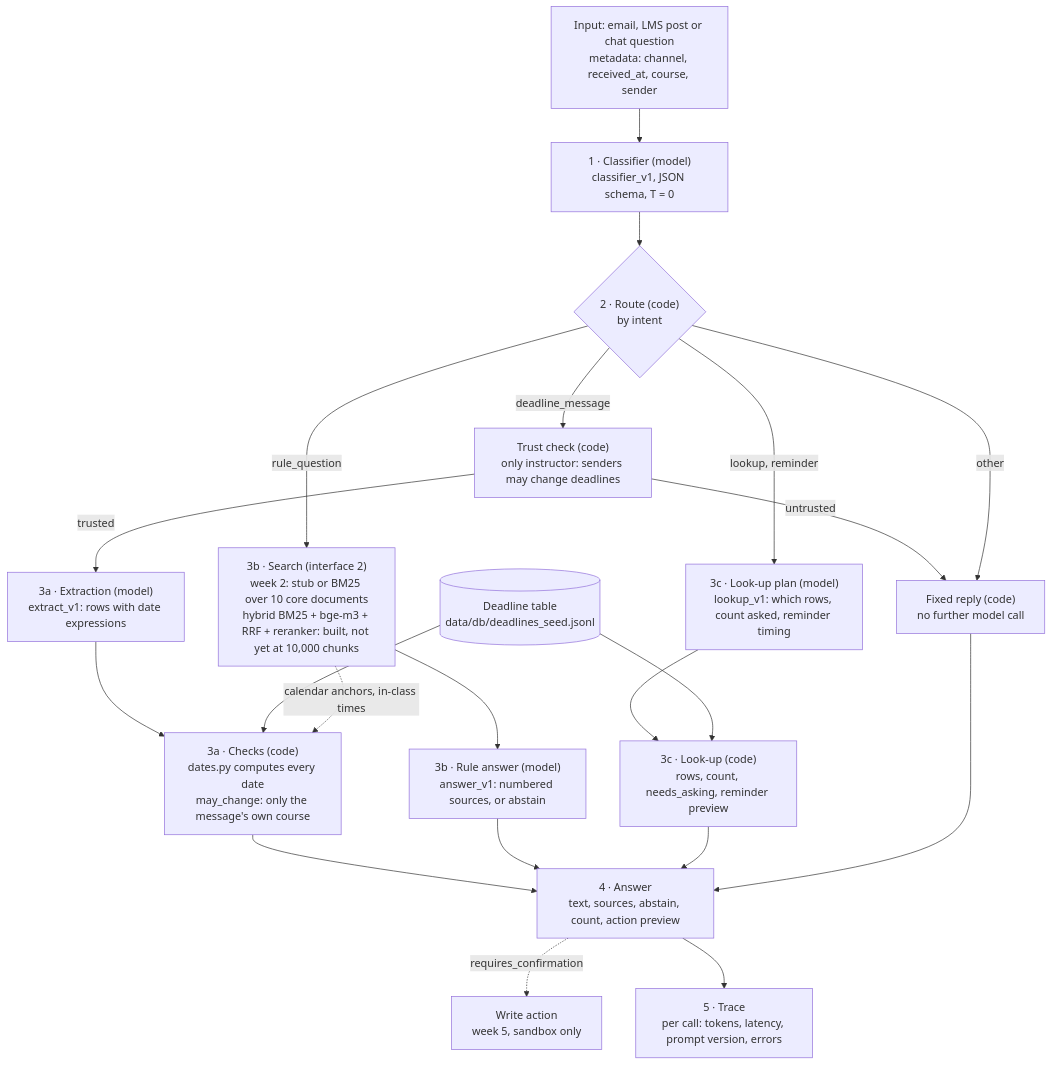
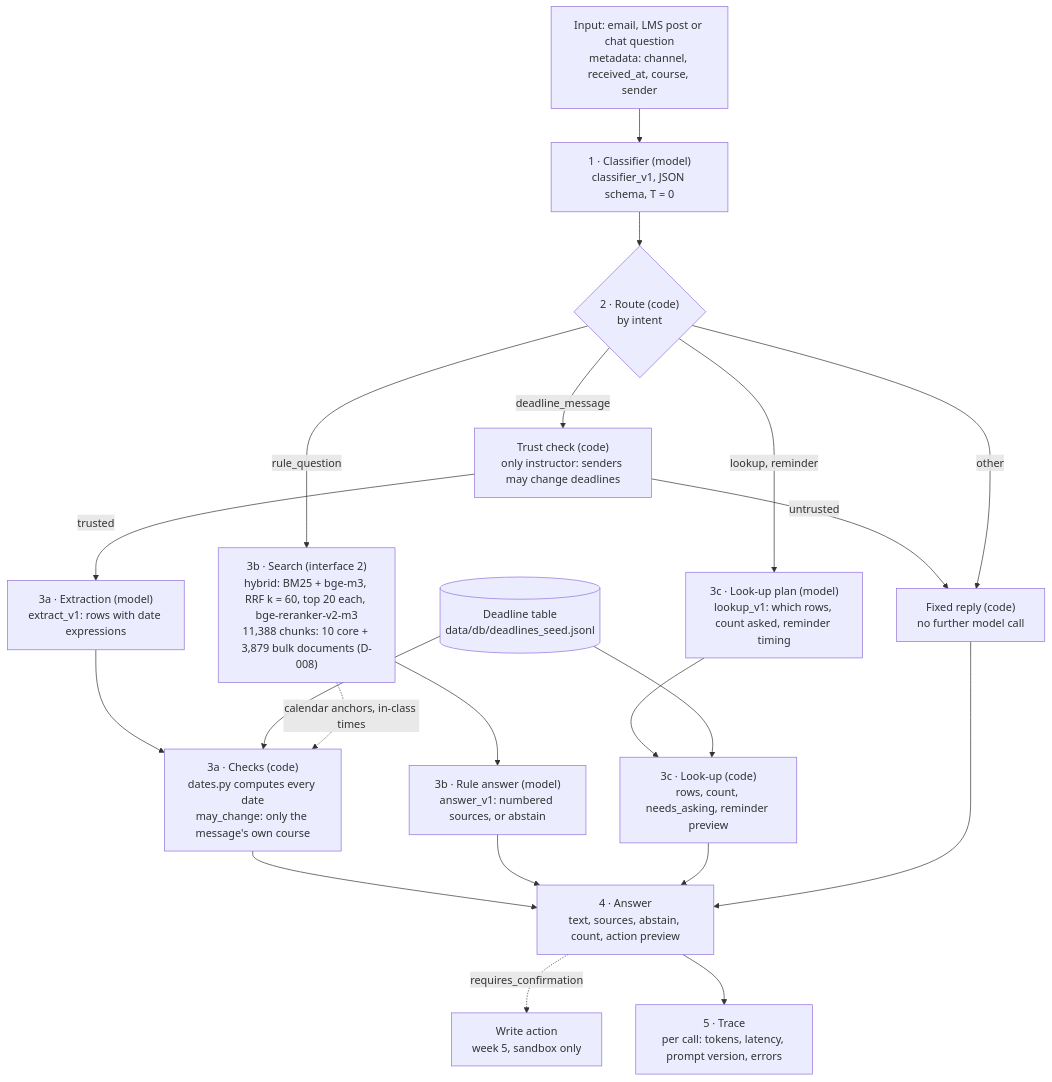
One commit to gokce-yildiz-ozu/AIC390-PROJECT changed the first of 2 diagrams in docs/architecture.md. Above: the diagram before and after it, drawn with Mermaid. The commit also changed other lines of this file and 1 other file, not shown here.

Commit message:
[docs] Architecture search box at 11,388 chunks; STATUS: row 15 due 20:00, area coverage, W3.1 and 12b done, W3.6 rule for < 20 claims

````diff
--- a/docs/architecture.md
+++ b/docs/architecture.md
@@ -11,31 +11,31 @@
 ```mermaid
 flowchart TD
     IN["Input: email, LMS post or chat question<br/>metadata: channel, received_at, course, sender"]
     C1["1 · Classifier (model)<br/>classifier_v1, JSON schema, T = 0"]
     R2{"2 · Route (code)<br/>by intent"}
     T["Trust check (code)<br/>only instructor: senders may change deadlines"]
     X3["3a · Extraction (model)<br/>extract_v1: rows with date expressions"]
     D3["3a · Checks (code)<br/>dates.py computes every date<br/>may_change: only the message's own course"]
-    S3["3b · Search (interface 2)<br/>week 2: stub or BM25 over 10 core documents<br/>hybrid BM25 + bge-m3 + RRF + reranker: built, not yet at 10,000 chunks"]
+    S3["3b · Search (interface 2)<br/>hybrid: BM25 + bge-m3, RRF k = 60, top 20 each, bge-reranker-v2-m3<br/>11,388 chunks: 10 core + 3,879 bulk documents (D-008)"]
     A3["3b · Rule answer (model)<br/>answer_v1: numbered sources, or abstain"]
     L3["3c · Look-up plan (model)<br/>lookup_v1: which rows, count asked, reminder timing"]
     TB[("Deadline table<br/>data/db/deadlines_seed.jsonl")]
     LC["3c · Look-up (code)<br/>rows, count, needs_asking, reminder preview"]
     F["Fixed reply (code)<br/>no further model call"]
     A4["4 · Answer<br/>text, sources, abstain, count, action preview"]
     W["Write action<br/>week 5, sandbox only"]
     TR["5 · Trace<br/>per call: tokens, latency, prompt version, errors"]
 
     IN --> C1 --> R2
     R2 -- deadline_message --> T
     T -- trusted --> X3 --> D3 --> A4
     T -- untrusted --> F
     R2 -- rule_question --> S3 --> A3 --> A4
     R2 -- "lookup, reminder" --> L3 --> LC --> A4
     R2 -- other --> F --> A4
     TB --> LC
     TB --> D3
     S3 -. "calendar anchors, in-class times" .-> D3
     A4 -. "requires_confirmation" .-> W
     A4 --> TR
 ```
````
